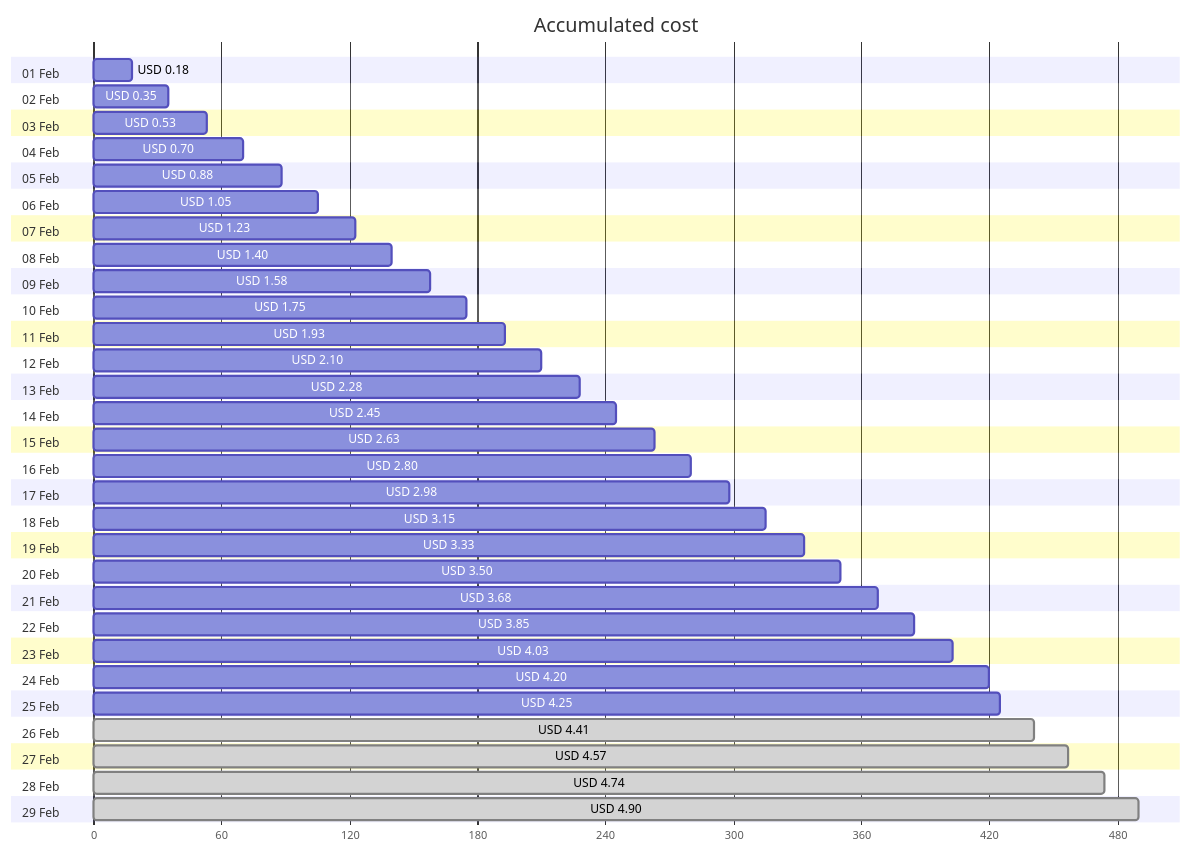
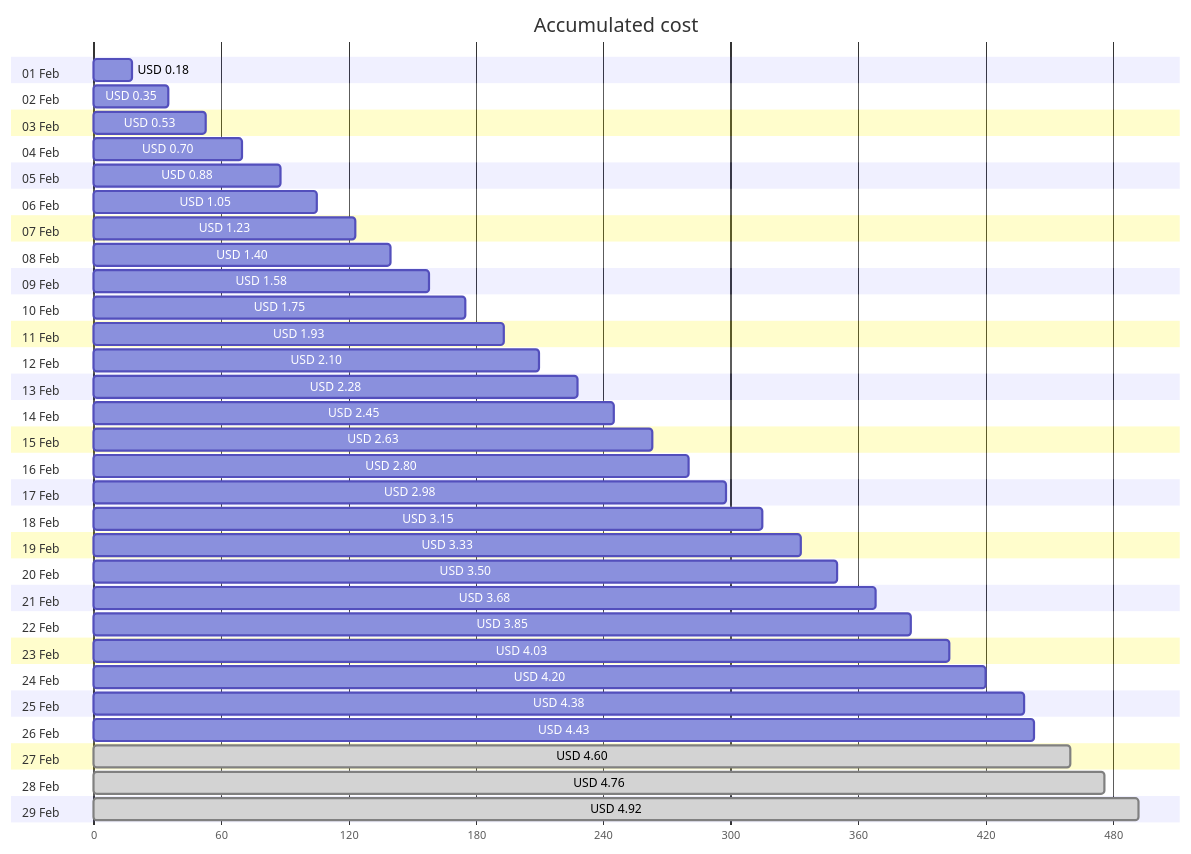
One commit to jpfulton/azure-personal-reports changed the first of 4 diagrams in cost-reports/personal-network/backup-server.md. Above: the diagram before and after it, drawn with Mermaid. The commit also changed other lines of this file and 8 other files, not shown here.

````diff
--- a/cost-reports/personal-network/backup-server.md
+++ b/cost-reports/personal-network/backup-server.md
@@ -20,64 +20,64 @@
 ```mermaid
 gantt
    title Accumulated cost
    dateFormat  X
    axisFormat %s
    section 01 Feb
    USD 0.18 :0, 18
    section 02 Feb
    USD 0.35 :0, 35
    section 03 Feb
    USD 0.53 :0, 53
    section 04 Feb
    USD 0.70 :0, 70
    section 05 Feb
    USD 0.88 :0, 88
    section 06 Feb
    USD 1.05 :0, 105
    section 07 Feb
    USD 1.23 :0, 123
    section 08 Feb
    USD 1.40 :0, 140
    section 09 Feb
    USD 1.58 :0, 158
    section 10 Feb
    USD 1.75 :0, 175
    section 11 Feb
    USD 1.93 :0, 193
    section 12 Feb
    USD 2.10 :0, 210
    section 13 Feb
    USD 2.28 :0, 228
    section 14 Feb
    USD 2.45 :0, 245
    section 15 Feb
    USD 2.63 :0, 263
    section 16 Feb
    USD 2.80 :0, 280
    section 17 Feb
    USD 2.98 :0, 298
    section 18 Feb
    USD 3.15 :0, 315
    section 19 Feb
    USD 3.33 :0, 333
    section 20 Feb
    USD 3.50 :0, 350
    section 21 Feb
    USD 3.68 :0, 368
    section 22 Feb
    USD 3.85 :0, 385
    section 23 Feb
    USD 4.03 :0, 403
    section 24 Feb
    USD 4.20 :0, 420
    section 25 Feb
-   USD 4.25 :0, 425
+   USD 4.38 :0, 438
    section 26 Feb
-   USD 4.41 : done, 0, 441
+   USD 4.43 :0, 443
    section 27 Feb
-   USD 4.57 : done, 0, 457
+   USD 4.60 : done, 0, 460
    section 28 Feb
-   USD 4.74 : done, 0, 474
+   USD 4.76 : done, 0, 476
    section 29 Feb
-   USD 4.90 : done, 0, 490
+   USD 4.92 : done, 0, 492
 ```
````
